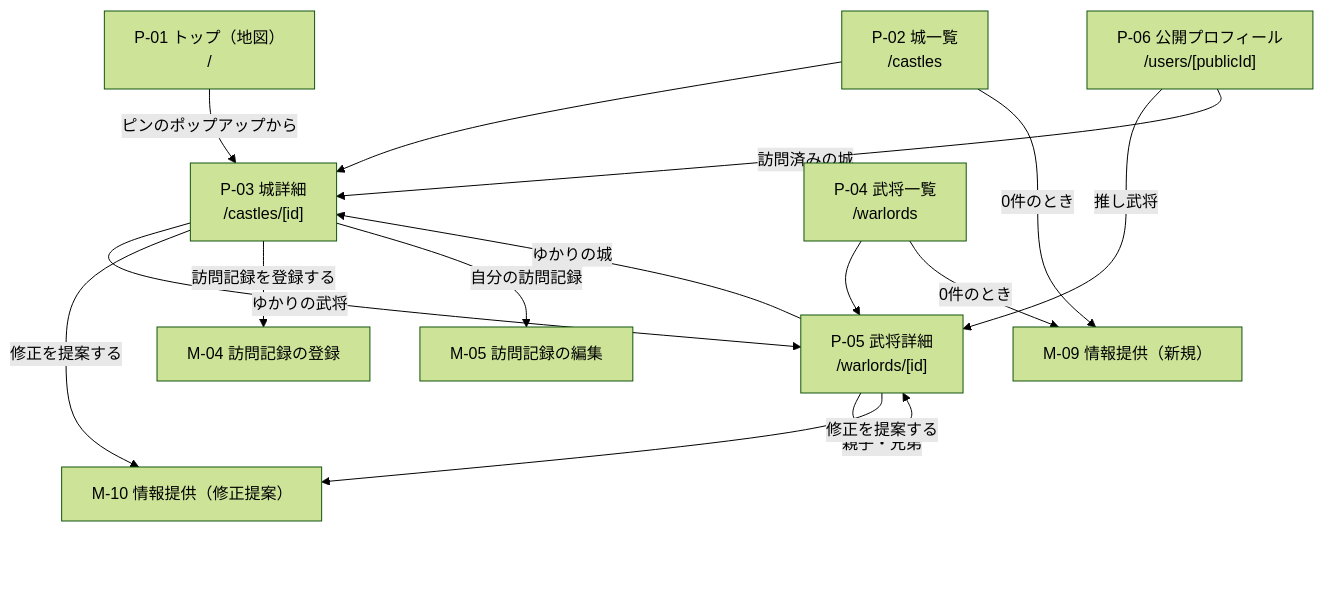
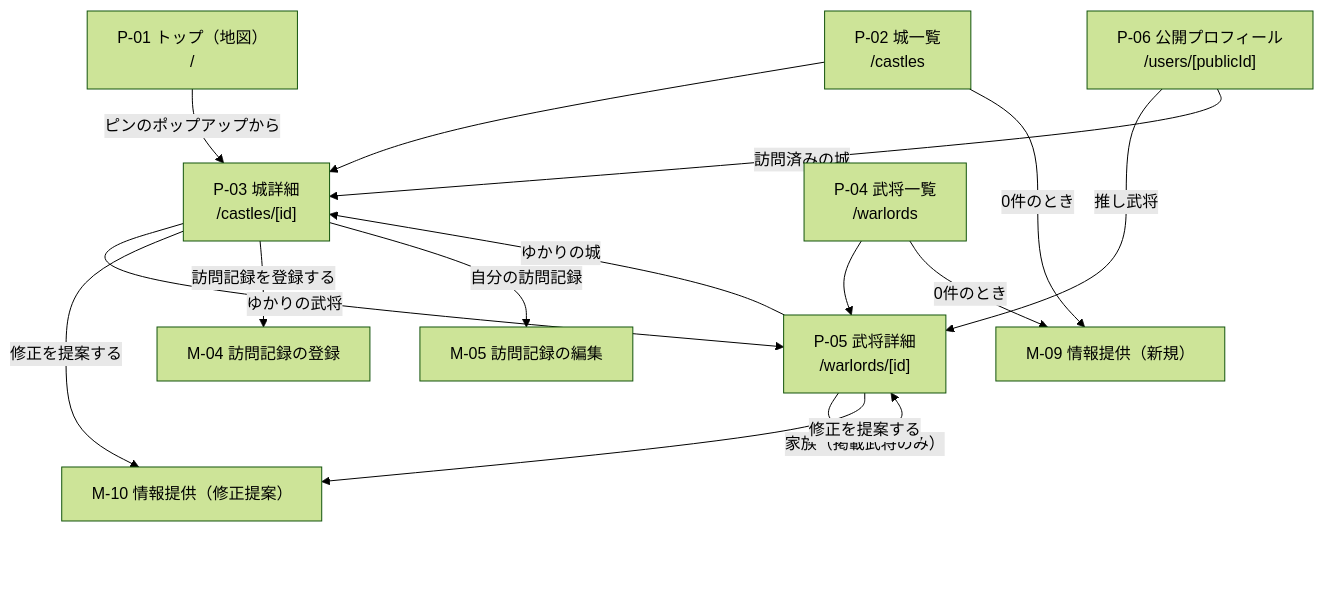
The first of 4 diagrams in docs/design/screens.md (mtgit12/joushou), drawn with Mermaid (forest theme) before and after one commit. The commit also changed other lines of this file and 6 other files, not shown here.

````diff
--- a/docs/design/screens.md
+++ b/docs/design/screens.md
@@ -184,28 +191,28 @@
 ```mermaid
 flowchart TD
     P01["P-01 トップ（地図）<br/>/"]
     P02["P-02 城一覧<br/>/castles"]
     P03["P-03 城詳細<br/>/castles/[id]"]
     P04["P-04 武将一覧<br/>/warlords"]
     P05["P-05 武将詳細<br/>/warlords/[id]"]
     P06["P-06 公開プロフィール<br/>/users/[publicId]"]
     M04["M-04 訪問記録の登録"]
     M05["M-05 訪問記録の編集"]
     M09["M-09 情報提供（新規）"]
     M10["M-10 情報提供（修正提案）"]
 
     P01 -->|ピンのポップアップから| P03
     P02 --> P03
     P02 -->|0件のとき| M09
     P04 --> P05
     P04 -->|0件のとき| M09
     P03 -->|ゆかりの武将| P05
     P05 -->|ゆかりの城| P03
-    P05 -->|親子・兄弟| P05
+    P05 -->|家族（掲載武将のみ）| P05
     P06 -->|推し武将| P05
     P06 -->|訪問済みの城| P03
     P03 -->|修正を提案する| M10
     P05 -->|修正を提案する| M10
     P03 -->|訪問記録を登録する| M04
     P03 -->|自分の訪問記録| M05
 ```
````
